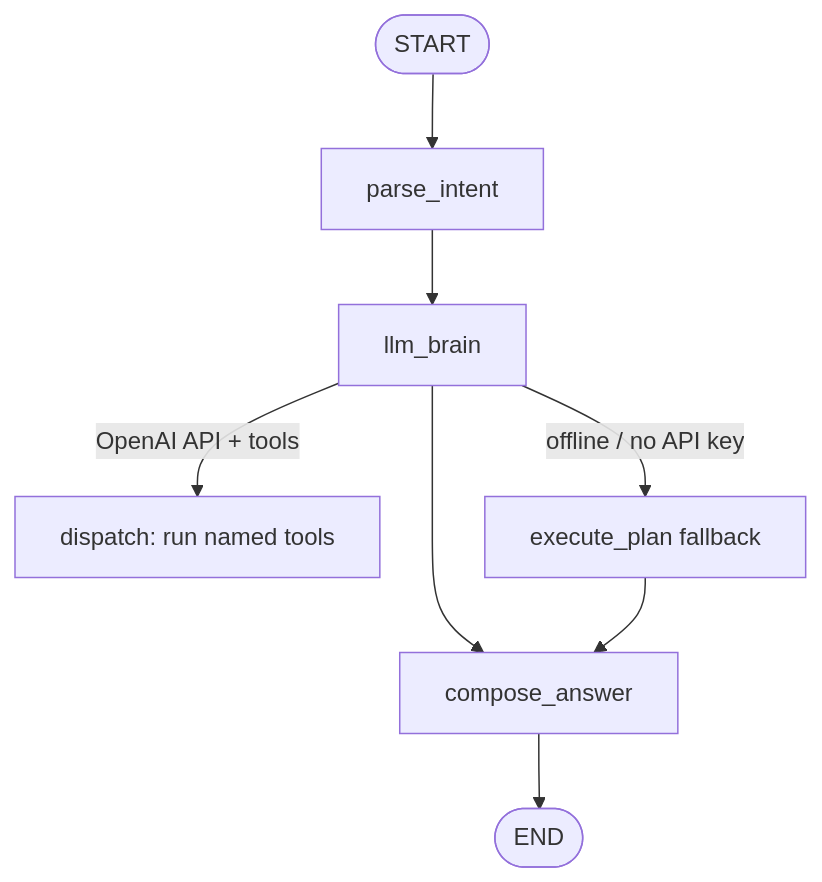
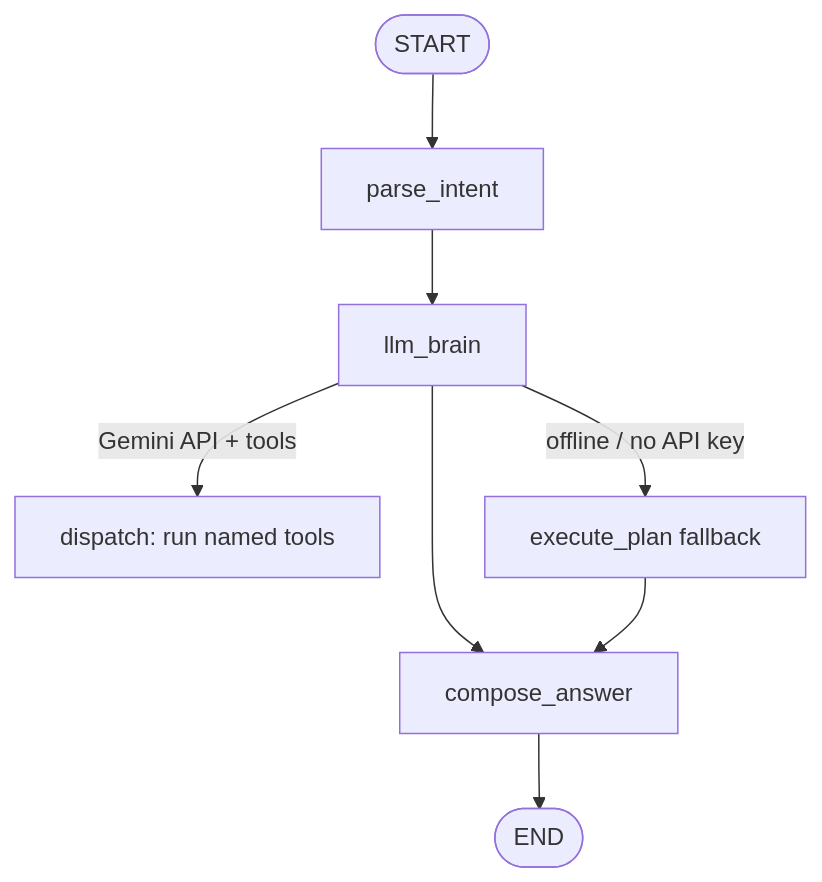
One commit to Prathmesh3373/PiedPiper changed the second of 4 diagrams in README.md. Above: the diagram before and after it, drawn with Mermaid. The commit also changed other lines of this file and 20 other files, not shown here.

````diff
--- a/README.md
+++ b/README.md
@@ -65,10 +65,10 @@
 ```mermaid
 flowchart TD
   START([START]) --> PI[parse_intent]
   PI --> BR[llm_brain]
-  BR -->|OpenAI API + tools| DISP[dispatch: run named tools]
+  BR -->|Gemini API + tools| DISP[dispatch: run named tools]
   BR -->|offline / no API key| EP[execute_plan fallback]
   BR --> COMP[compose_answer]
   EP --> COMP
   COMP --> END([END])
 ```
````
